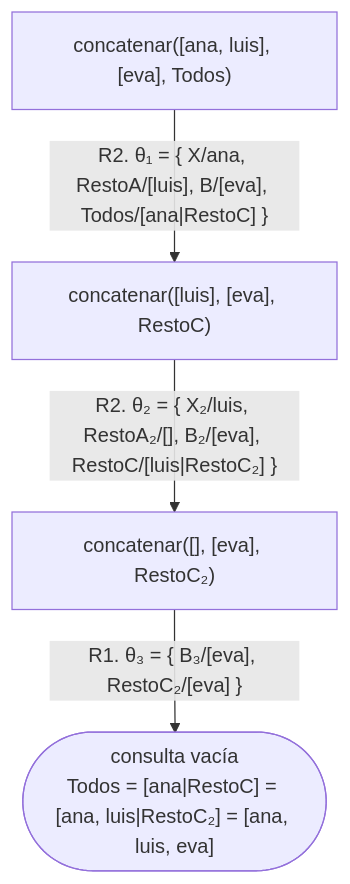
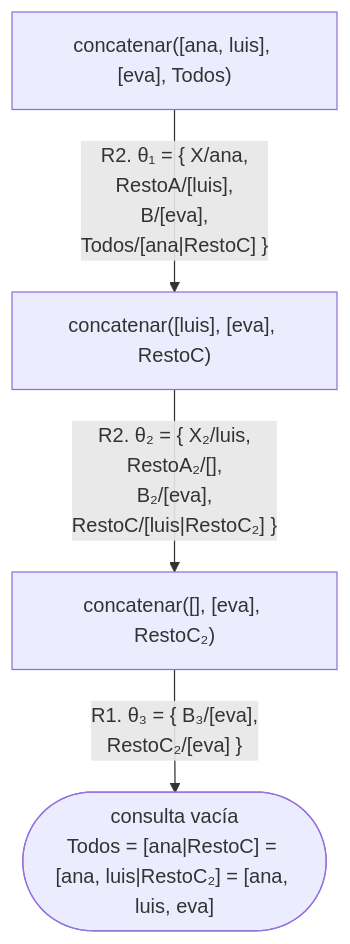
The seventh of 10 diagrams in docs/capitulo-07-listas/index.md (CesarBallardini/curso-de-prolog), drawn with Mermaid before and after one commit. The commit also changed other lines of this file and 24 other files, not shown here.

First line of the commit message:
feat(docs): botones para ocultar las columnas laterales y etiquetas cortas en los diagramas

````diff
--- a/docs/capitulo-07-listas/index.md
+++ b/docs/capitulo-07-listas/index.md
@@ -413,6 +413,6 @@
 ```mermaid
 flowchart TD
-    A["concatenar([ana, luis], [eva], Todos)"] -- "R2. θ₁ = {&nbsp;X/ana, RestoA/[luis], B/[eva], Todos/[ana|RestoC]&nbsp;}" --> B["concatenar([luis], [eva], RestoC)"]
-    B -- "R2. θ₂ = {&nbsp;X₂/luis, RestoA₂/[], B₂/[eva], RestoC/[luis|RestoC₂]&nbsp;}" --> C["concatenar([], [eva], RestoC₂)"]
-    C -- "R1. θ₃ = {&nbsp;B₃/[eva], RestoC₂/[eva]&nbsp;}" --> S(["consulta vacía<br/>Todos = [ana|RestoC] = [ana, luis|RestoC₂] = [ana, luis, eva]"])
+    A["concatenar([ana, luis], [eva], Todos)"] -- "R2. θ₁ = {&nbsp;X/ana,<br/>RestoA/[luis],<br/>B/[eva],<br/>Todos/[ana|RestoC]&nbsp;}" --> B["concatenar([luis], [eva], RestoC)"]
+    B -- "R2. θ₂ = {&nbsp;X₂/luis,<br/>RestoA₂/[],<br/>B₂/[eva],<br/>RestoC/[luis|RestoC₂]&nbsp;}" --> C["concatenar([], [eva], RestoC₂)"]
+    C -- "R1. θ₃ = {&nbsp;B₃/[eva],<br/>RestoC₂/[eva]&nbsp;}" --> S(["consulta vacía<br/>Todos = [ana|RestoC] = [ana, luis|RestoC₂] = [ana, luis, eva]"])
 ```
````
